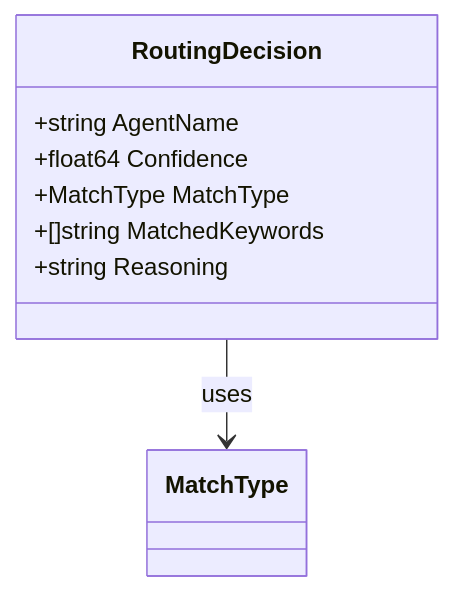
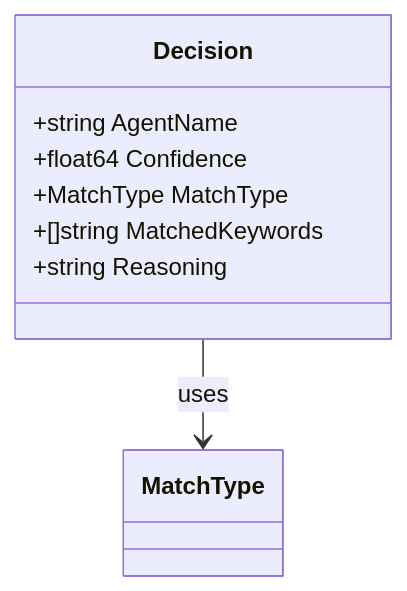
Before and after one commit to twistingmercury/mnemonic-mcp: the third of 19 diagrams in docs/design/routing-engine.md, drawn with Mermaid. The commit also changed other lines of this file and 17 other files, not shown here.

````diff
--- a/docs/design/routing-engine.md
+++ b/docs/design/routing-engine.md
@@ -188,12 +190,12 @@
 ```mermaid
 classDiagram
-    class RoutingDecision {
+    class Decision {
         +string AgentName
         +float64 Confidence
         +MatchType MatchType
         +[]string MatchedKeywords
         +string Reasoning
     }
 
-    RoutingDecision --> MatchType : uses
+    Decision --> MatchType : uses
 ```
````
